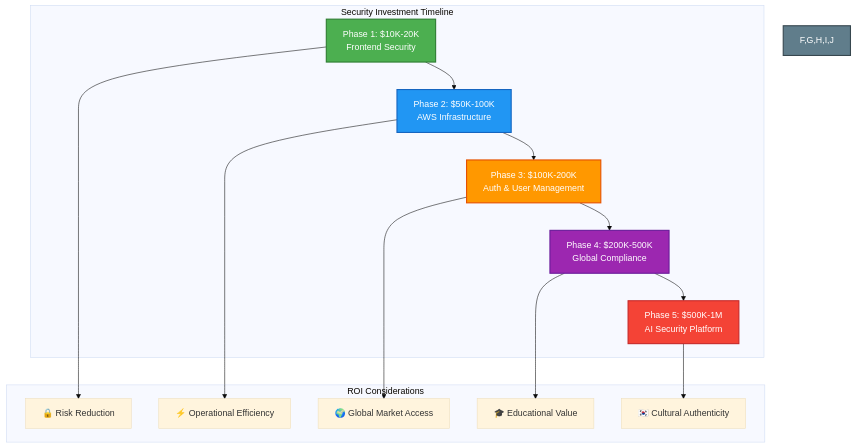
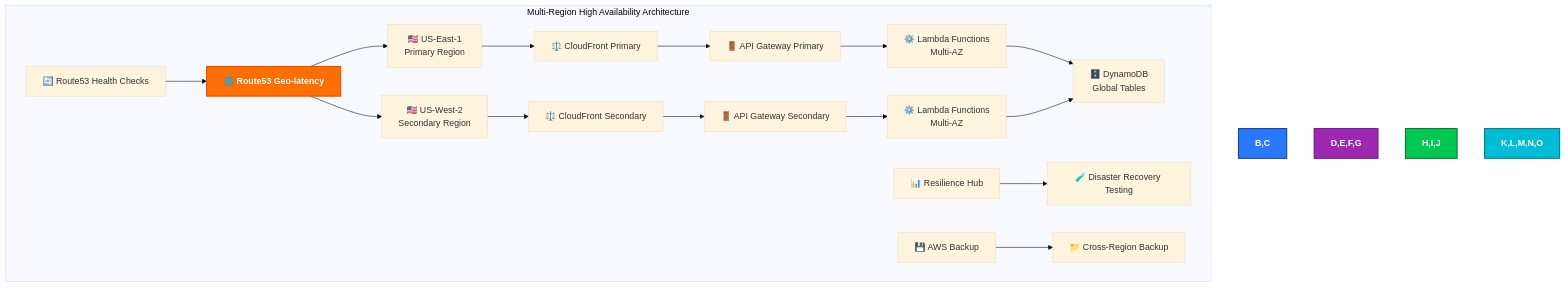
The seventh of 16 diagrams in FUTURE_SECURITY_ARCHITECTURE.md (Hack23/blacktrigram), drawn with Mermaid (base theme) before and after one commit. The commit also changed other lines of this file, not shown here.

Commit message:
Implement feature X to enhance user experience and fix bug Y in module Z

````diff
--- a/FUTURE_SECURITY_ARCHITECTURE.md
+++ b/FUTURE_SECURITY_ARCHITECTURE.md
@@ -1280,30 +454,29 @@
 ```mermaid
 graph TD
-    subgraph "Security Investment Timeline"
-        A[Phase 1: $10K-20K<br/>Frontend Security] --> B[Phase 2: $50K-100K<br/>AWS Infrastructure]
-        B --> C[Phase 3: $100K-200K<br/>Auth & User Management]
-        C --> D[Phase 4: $200K-500K<br/>Global Compliance]
-        D --> E[Phase 5: $500K-1M<br/>AI Security Platform]
+    subgraph "Multi-Region High Availability Architecture"
+        A[🌐 Route53 Geo-latency] --> B[🇺🇸 US-East-1<br/>Primary Region]
+        A --> C[🇺🇸 US-West-2<br/>Secondary Region]
+
+        B --> D[⚖️ CloudFront Primary]
+        C --> E[⚖️ CloudFront Secondary]
+
+        D --> F[🚪 API Gateway Primary]
+        E --> G[🚪 API Gateway Secondary]
+
+        F --> H[⚙️ Lambda Functions<br/>Multi-AZ]
+        G --> I[⚙️ Lambda Functions<br/>Multi-AZ]
+
+        H --> J[🗄️ DynamoDB<br/>Global Tables]
+        I --> J
+
+        K[🔄 Route53 Health Checks] --> A
+        L[📊 Resilience Hub] --> M[🧪 Disaster Recovery Testing]
+        N[💾 AWS Backup] --> O[📁 Cross-Region Backup]
     end
 
-    subgraph "ROI Considerations"
-        F[🔒 Risk Reduction]
-        G[⚡ Operational Efficiency]
-        H[🌍 Global Market Access]
-        I[🎓 Educational Value]
-        J[🇰🇷 Cultural Authenticity]
-    end
-
-    A --> F
-    B --> G
-    C --> H
-    D --> I
-    E --> J
-
-    style A fill:#4CAF50,stroke:#2E7D32,stroke-width:2px,color:white
-    style B fill:#2196F3,stroke:#1565C0,stroke-width:2px,color:white
-    style C fill:#FF9800,stroke:#E65100,stroke-width:2px,color:white
-    style D fill:#9C27B0,stroke:#6A1B9A,stroke-width:2px,color:white
-    style E fill:#F44336,stroke:#C62828,stroke-width:2px,color:white
-    style F,G,H,I,J fill:#607D8B,stroke:#37474F,stroke-width:2px,color:white
+    style A fill:#FF6F00,stroke:#E65100,stroke-width:2px,color:white,font-weight:bold
+    style B,C fill:#2979FF,stroke:#0D47A1,stroke-width:2px,color:white,font-weight:bold
+    style D,E,F,G fill:#9C27B0,stroke:#6A1B9A,stroke-width:2px,color:white,font-weight:bold
+    style H,I,J fill:#00C853,stroke:#007E33,stroke-width:2px,color:white,font-weight:bold
+    style K,L,M,N,O fill:#00BCD4,stroke:#00838F,stroke-width:2px,color:white,font-weight:bold
 ```
````
